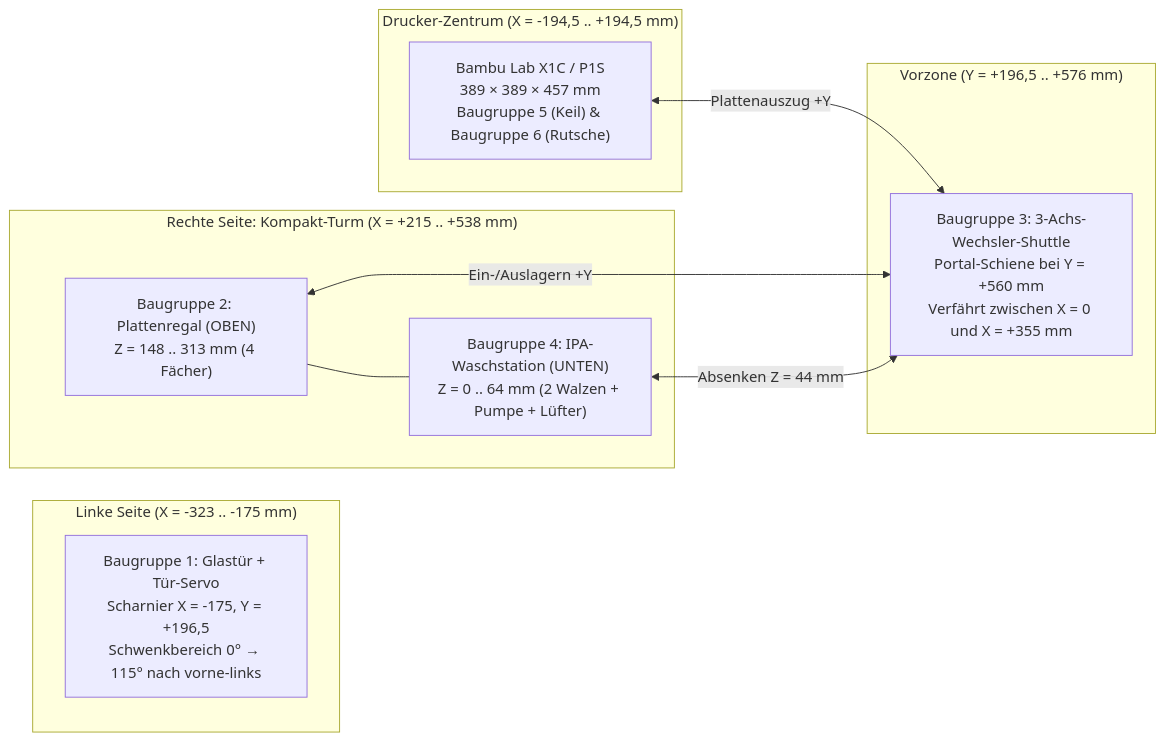
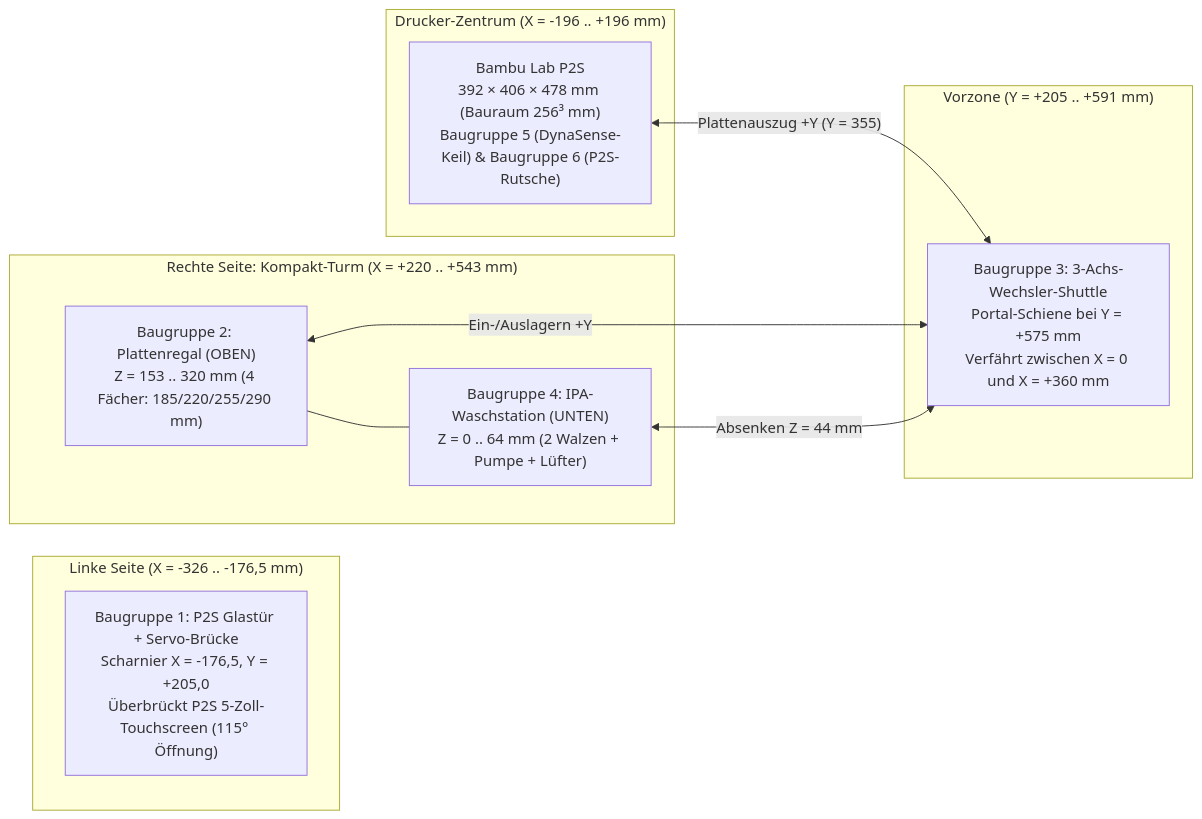
The diagram in werkzeuge/automation_hardware/TUER_MAGAZIN_WASCHSTATION.md (Luk1236/printlab), drawn with Mermaid before and after one commit. The commit also changed other lines of this file and 8 other files, not shown here.

Commit message:
feat(automation-3d): adapt 6-assembly 3D viewer, CAD STLs, and blueprint for Bambu Lab P2S (392x406x478mm)

````diff
--- a/werkzeuge/automation_hardware/TUER_MAGAZIN_WASCHSTATION.md
+++ b/werkzeuge/automation_hardware/TUER_MAGAZIN_WASCHSTATION.md
@@ -18,20 +20,20 @@
 ```mermaid
 flowchart LR
-    subgraph LINKS["Linke Seite (X = -323 .. -175 mm)"]
-        D["Baugruppe 1: Glastür + Tür-Servo\nScharnier X = -175, Y = +196,5\nSchwenkbereich 0° → 115° nach vorne-links"]
+    subgraph LINKS["Linke Seite (X = -326 .. -176,5 mm)"]
+        D["Baugruppe 1: P2S Glastür + Servo-Brücke\nScharnier X = -176,5, Y = +205,0\nÜberbrückt P2S 5-Zoll-Touchscreen (115° Öffnung)"]
     end
-    subgraph MITTE["Drucker-Zentrum (X = -194,5 .. +194,5 mm)"]
-        P["Bambu Lab X1C / P1S\n389 × 389 × 457 mm\nBaugruppe 5 (Keil) & Baugruppe 6 (Rutsche)"]
+    subgraph MITTE["Drucker-Zentrum (X = -196 .. +196 mm)"]
+        P["Bambu Lab P2S\n392 × 406 × 478 mm (Bauraum 256³ mm)\nBaugruppe 5 (DynaSense-Keil) & Baugruppe 6 (P2S-Rutsche)"]
     end
-    subgraph RECHTS["Rechte Seite: Kompakt-Turm (X = +215 .. +538 mm)"]
-        M["Baugruppe 2: Plattenregal (OBEN)\nZ = 148 .. 313 mm (4 Fächer)"]
+    subgraph RECHTS["Rechte Seite: Kompakt-Turm (X = +220 .. +543 mm)"]
+        M["Baugruppe 2: Plattenregal (OBEN)\nZ = 153 .. 320 mm (4 Fächer: 185/220/255/290 mm)"]
         W["Baugruppe 4: IPA-Waschstation (UNTEN)\nZ = 0 .. 64 mm (2 Walzen + Pumpe + Lüfter)"]
         M --- W
     end
-    subgraph VORNE["Vorzone (Y = +196,5 .. +576 mm)"]
-        S["Baugruppe 3: 3-Achs-Wechsler-Shuttle\nPortal-Schiene bei Y = +560 mm\nVerfährt zwischen X = 0 und X = +355 mm"]
+    subgraph VORNE["Vorzone (Y = +205 .. +591 mm)"]
+        S["Baugruppe 3: 3-Achs-Wechsler-Shuttle\nPortal-Schiene bei Y = +575 mm\nVerfährt zwischen X = 0 und X = +360 mm"]
     end
-    P <-->|"Plattenauszug +Y"| S
+    P <-->|"Plattenauszug +Y (Y = 355)"| S
     M <-->|"Ein-/Auslagern +Y"| S
     W <-->|"Absenken Z = 44 mm"| S
 ```
````
